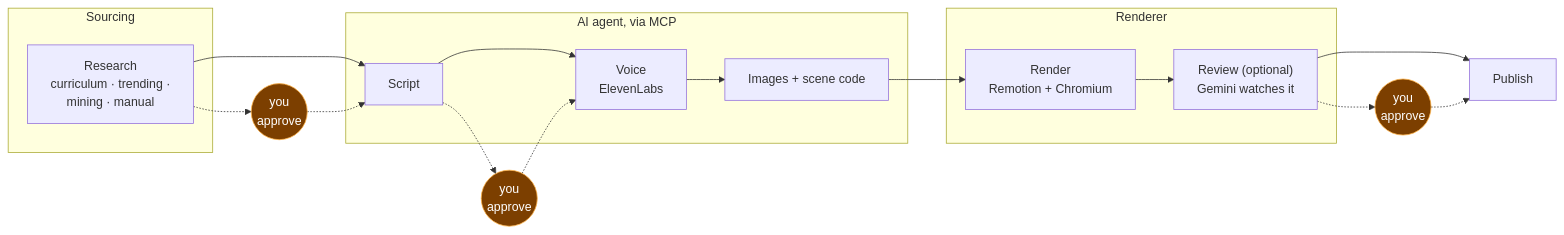
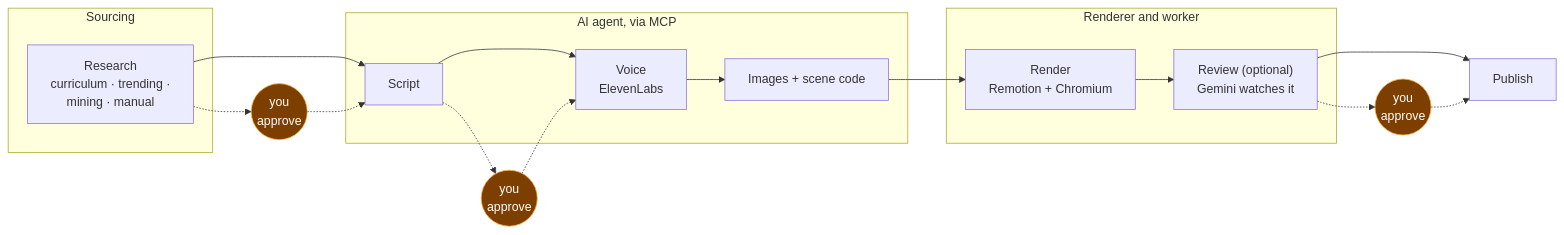
The diagram in docs/user-guide/01-overview.md (teja156/tubematic), drawn with Mermaid before and after one commit. The commit also changed other lines of this file and 25 other files, not shown here.

````diff
--- a/docs/user-guide/01-overview.md
+++ b/docs/user-guide/01-overview.md
@@ -24,27 +24,27 @@
 ```mermaid
 flowchart LR
     subgraph SRC["Sourcing"]
         R["Research<br/>curriculum · trending ·<br/>mining · manual"]
     end
     subgraph AI["AI agent, via MCP"]
         S["Script"]
         V["Voice<br/>ElevenLabs"]
         SC["Images + scene code"]
     end
-    subgraph AUTO["Renderer"]
+    subgraph AUTO["Renderer and worker"]
         RE["Render<br/>Remotion + Chromium"]
         RV["Review (optional)<br/>Gemini watches it"]
     end
     P["Publish"]
 
     R --> S --> V --> SC --> RE --> RV --> P
 
     H1(("you<br/>approve")):::h
     H2(("you<br/>approve")):::h
     H3(("you<br/>approve")):::h
     R -.-> H1 -.-> S
     S -.-> H2 -.-> V
     RV -.-> H3 -.-> P
 
     classDef h fill:#7c3f00,stroke:#ffb347,color:#fff
 ```
````
